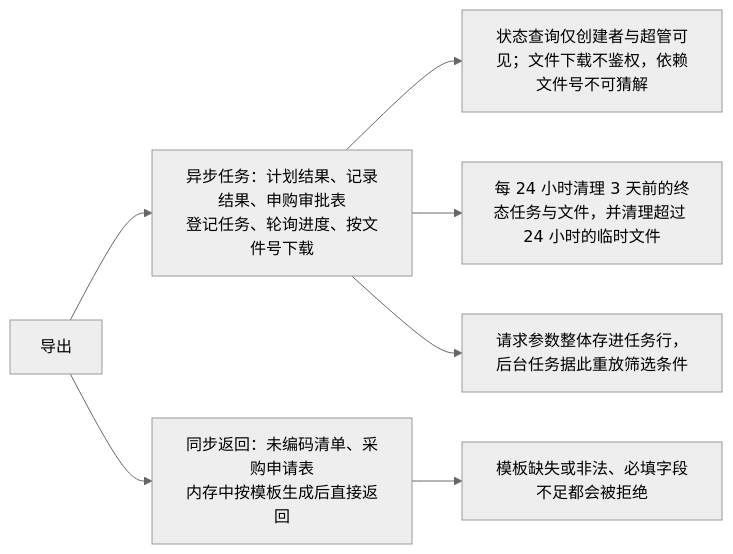
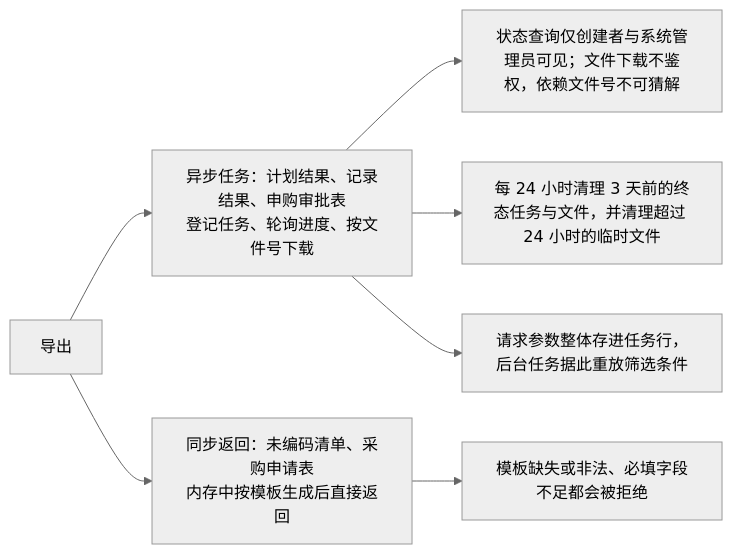
One commit to Sakana-1314/Electrical-Manager changed diagram 18 of 31 in docs/websites/pages/dev-flows.md. Above: the diagram before and after it, drawn with Mermaid (neutral theme). The commit also changed other lines of this file and 74 other files, not shown here.

````diff
--- a/docs/websites/pages/dev-flows.md
+++ b/docs/websites/pages/dev-flows.md
@@ -290,9 +290,9 @@
 ```mermaid
 flowchart LR
     A["导出"] --> B["异步任务：计划结果、记录结果、申购审批表<br/>登记任务、轮询进度、按文件号下载"]
     A --> C["同步返回：未编码清单、采购申请表<br/>内存中按模板生成后直接返回"]
     C --> D["模板缺失或非法、必填字段不足都会被拒绝"]
-    B --> E["状态查询仅创建者与超管可见；文件下载不鉴权，依赖文件号不可猜解"]
+    B --> E["状态查询仅创建者与系统管理员可见；文件下载不鉴权，依赖文件号不可猜解"]
     B --> F["每 24 小时清理 3 天前的终态任务与文件，并清理超过 24 小时的临时文件"]
     B --> G["请求参数整体存进任务行，后台任务据此重放筛选条件"]
 ```
````
